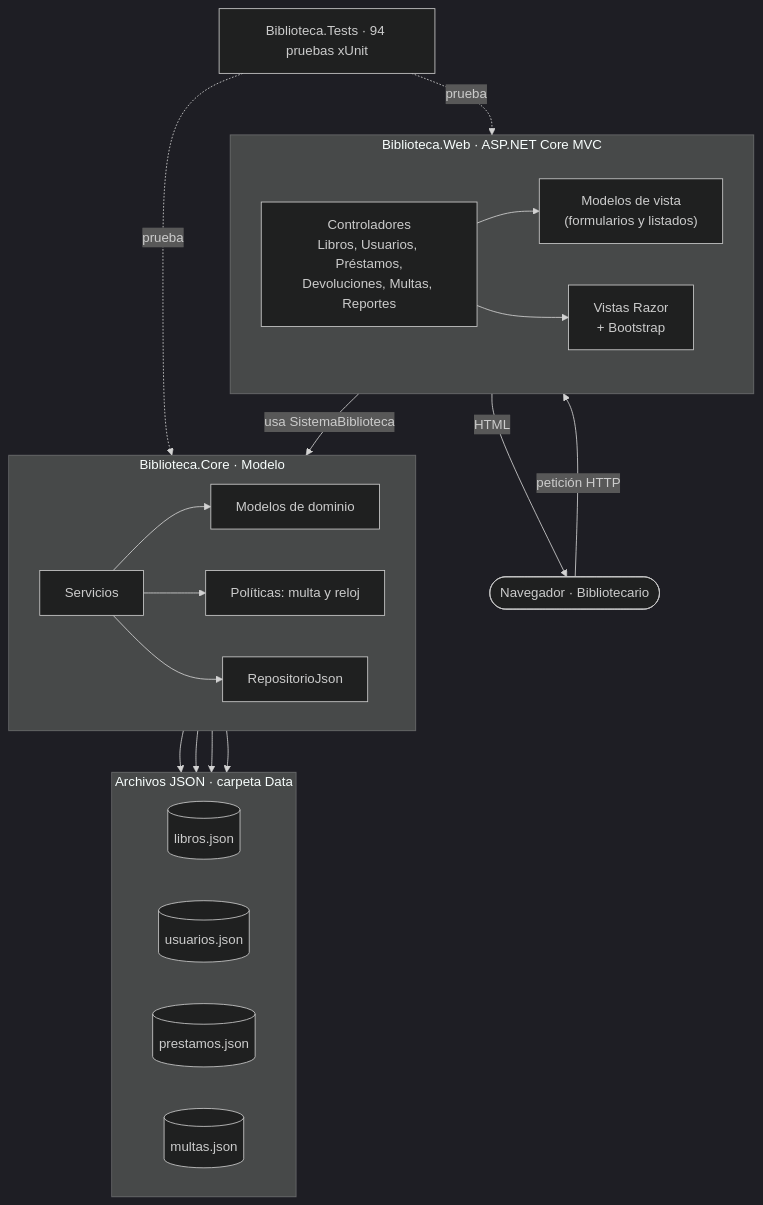
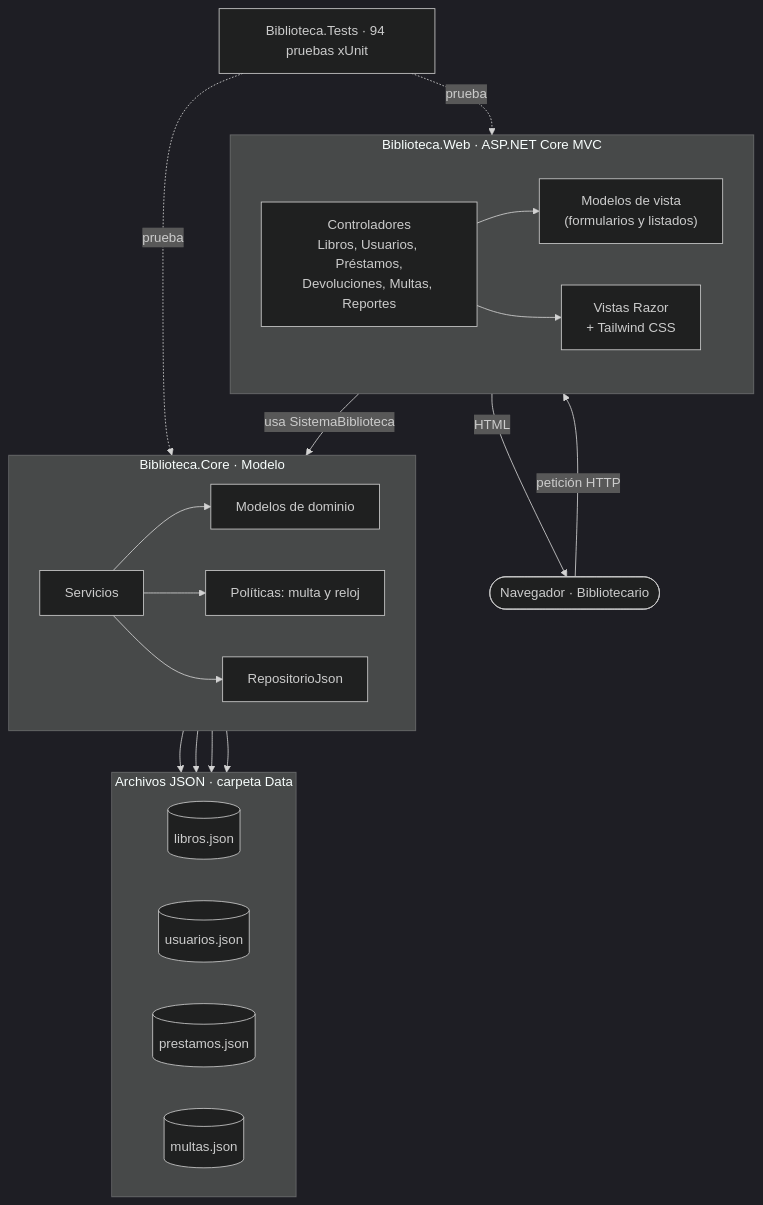
One commit to USPG-Angels-Workspace/sistema-biblioteca changed the eighth of 8 diagrams in docs/03-diagramas-uml.md. Above: the diagram before and after it, drawn with Mermaid (dark theme). The commit also changed other lines of this file and 2 other files, not shown here.

Commit message:
docs: actualiza los requisitos, la arquitectura y el README para Tailwind CSS

````diff
--- a/docs/03-diagramas-uml.md
+++ b/docs/03-diagramas-uml.md
@@ -478,41 +478,41 @@
 ```mermaid
 flowchart TB
     N(["Navegador · Bibliotecario"])
 
     subgraph WEB["Biblioteca.Web · ASP.NET Core MVC"]
         direction LR
         C["Controladores<br/>Libros, Usuarios, Préstamos,<br/>Devoluciones, Multas, Reportes"]
         VM["Modelos de vista<br/>(formularios y listados)"]
-        V["Vistas Razor<br/>+ Bootstrap"]
+        V["Vistas Razor<br/>+ Tailwind CSS"]
     end
 
     subgraph CORE["Biblioteca.Core · Modelo"]
         direction LR
         S[Servicios]
         M[Modelos de dominio]
         P[Políticas: multa y reloj]
         R[RepositorioJson]
     end
 
     subgraph DATA["Archivos JSON · carpeta Data"]
         direction LR
         F1[(libros.json)]
         F2[(usuarios.json)]
         F3[(prestamos.json)]
         F4[(multas.json)]
     end
 
     T["Biblioteca.Tests · 94 pruebas xUnit"]
 
     N -->|"petición HTTP"| C
     C --> VM
     C --> V
     V -->|"HTML"| N
     C -->|"usa SistemaBiblioteca"| S
     S --> M
     S --> P
     S --> R
     R --> F1 & F2 & F3 & F4
     T -.->|"prueba"| CORE
     T -.->|"prueba"| WEB
 ```
````
